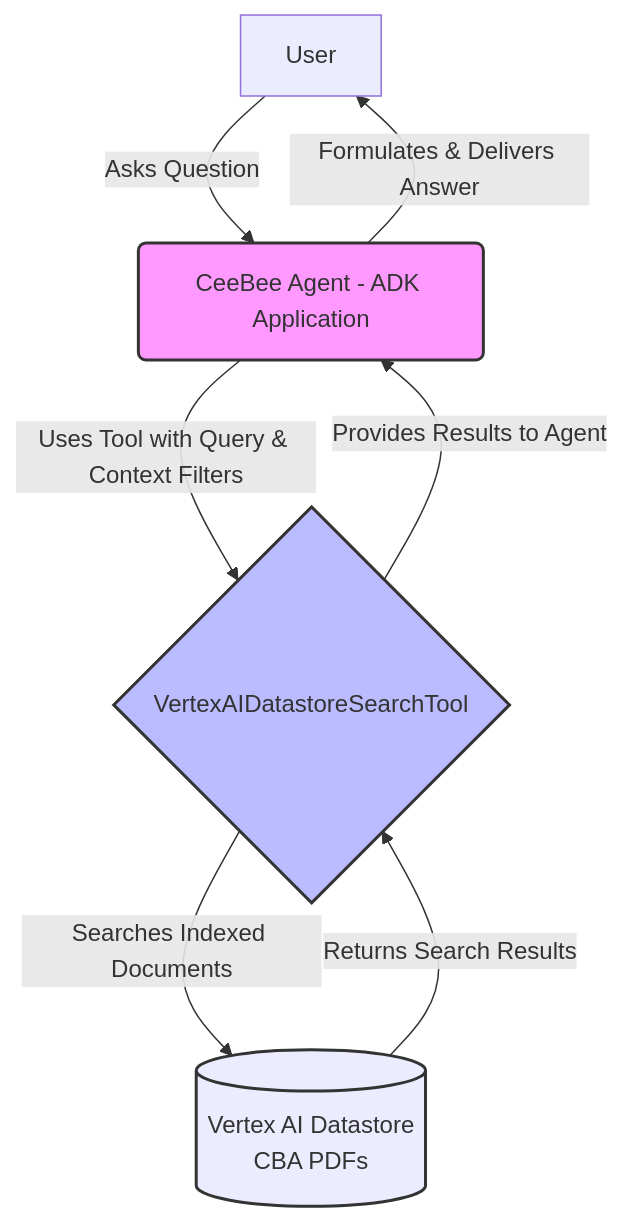
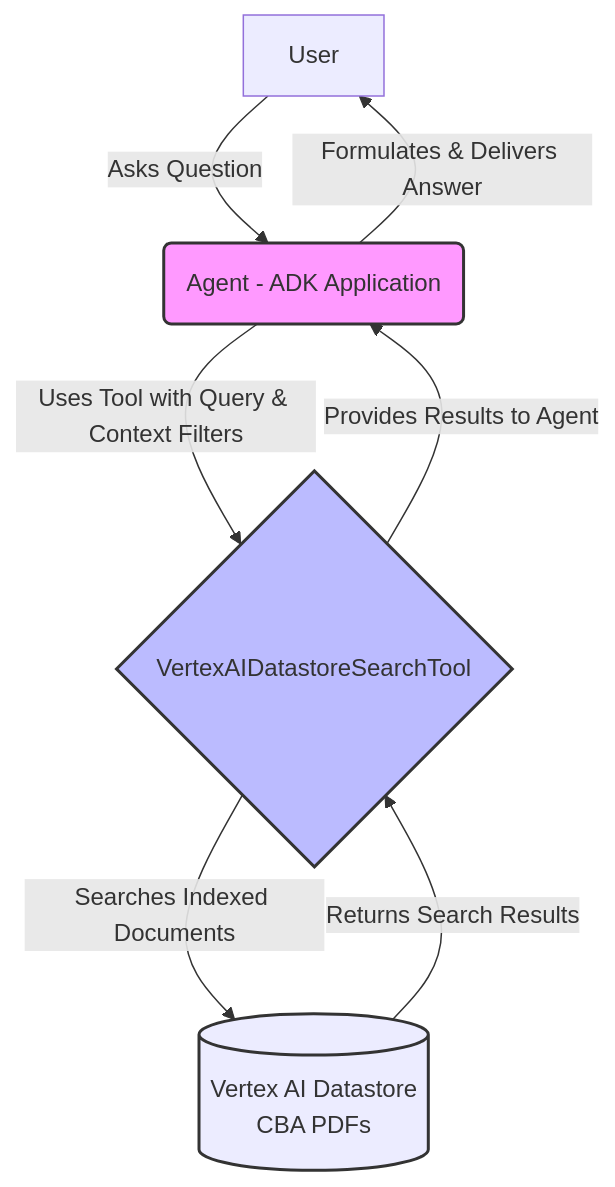
The diagram in services/agent-orchestration/README.md (justmeloic/flowgen), drawn with Mermaid before and after one commit.

````diff
--- a/services/agent-orchestration/README.md
+++ b/services/agent-orchestration/README.md
@@ -13,13 +13,13 @@
 ```mermaid
 graph TD
-    A[User] -- Asks Question --> B(CeeBee Agent - ADK Application);
+    A[User] -- Asks Question --> B(Agent - ADK Application);
     B -- Uses Tool with Query & Context Filters --> C{VertexAIDatastoreSearchTool};
     C -- Searches Indexed Documents --> D[(Vertex AI Datastore \n CBA PDFs)];
     D -- Returns Search Results --> C;
     C -- Provides Results to Agent --> B;
     B -- Formulates & Delivers Answer --> A;
 
     style B fill:#f9f,stroke:#333,stroke-width:2px
     style C fill:#bbf,stroke:#333,stroke-width:2px
     style D fill:#lightgrey,stroke:#333,stroke-width:2px
 ```
````
